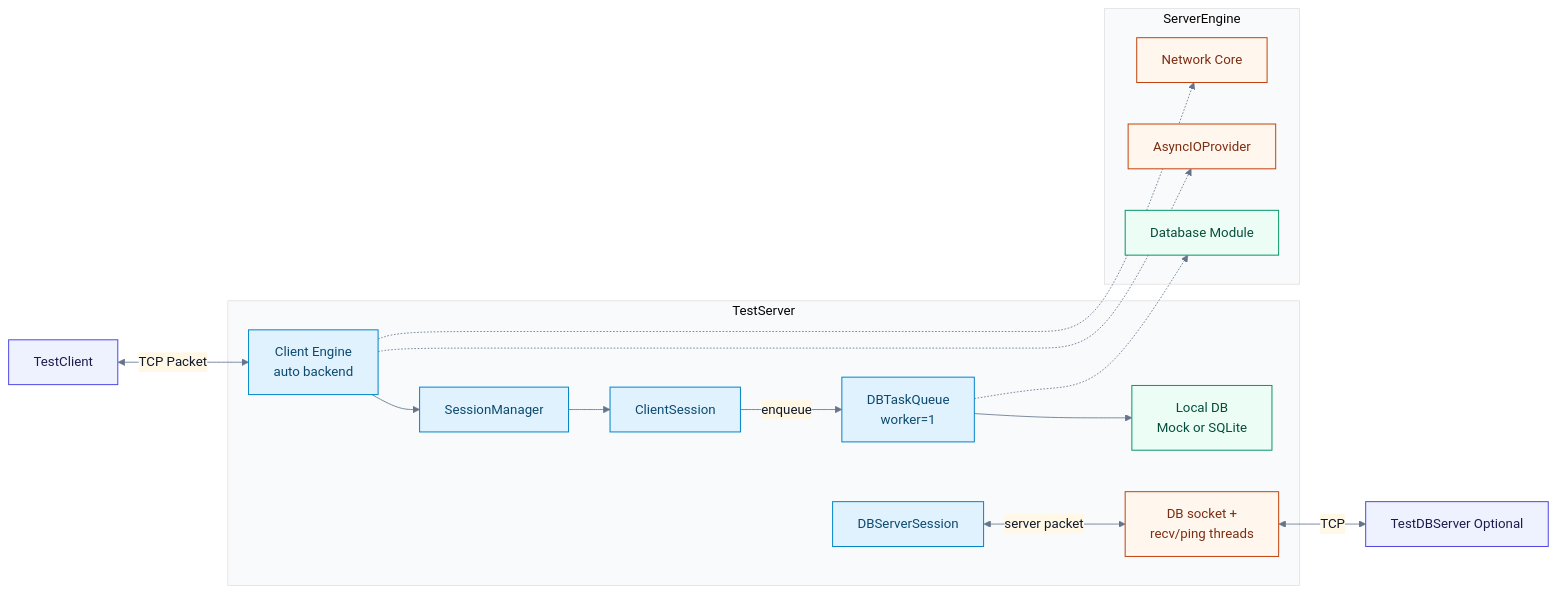
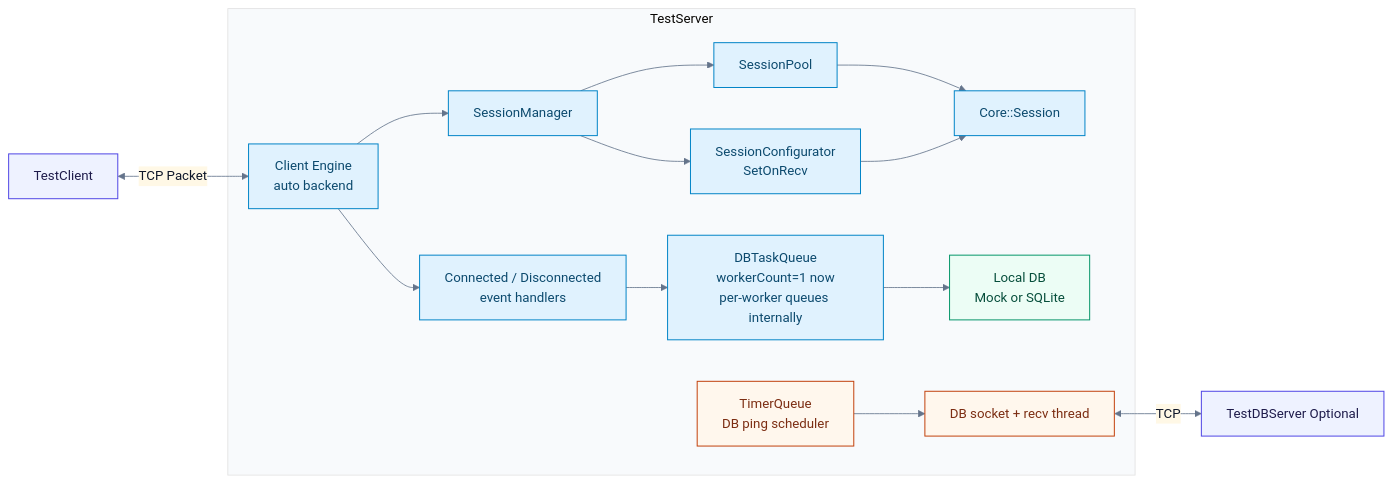
Before and after one commit to leedg/PublicStudy: the diagram in NetworkModuleTest/Doc/WikiDraft/ServerStructure/01-Overall-Architecture.md, drawn with Mermaid. The commit also changed other lines of this file and 34 other files, not shown here.

First line of the commit message:
docs: 문서 전면 갱신 + Network_Async_DB_Report_img B-style 통합

````diff
--- a/NetworkModuleTest/Doc/WikiDraft/ServerStructure/01-Overall-Architecture.md
+++ b/NetworkModuleTest/Doc/WikiDraft/ServerStructure/01-Overall-Architecture.md
@@ -9,47 +11,43 @@
 ```mermaid
 %%{init: {'theme':'base', 'themeVariables': {
 'fontFamily':'Segoe UI, Noto Sans KR, sans-serif',
 'primaryColor':'#EAF4FF',
 'primaryTextColor':'#0F172A',
 'primaryBorderColor':'#3B82F6',
 'lineColor':'#64748B',
 'secondaryColor':'#FFF8E6',
 'tertiaryColor':'#F8FAFC'
 }}}%%
 flowchart LR
     Client[TestClient]
     DBServer[TestDBServer Optional]
 
     subgraph TS[TestServer]
         Engine[Client Engine<br/>auto backend]
         SessionMgr[SessionManager]
-        ClientSess[ClientSession]
-        DBSess[DBServerSession]
-        DBQueue[DBTaskQueue<br/>worker=1]
+        SessionPool[SessionPool]
+        Session[Core::Session]
+        SessionCfg[SessionConfigurator<br/>SetOnRecv]
+        EventFlow[Connected / Disconnected<br/>event handlers]
+        DBQueue[DBTaskQueue<br/>workerCount=1 now<br/>per-worker queues internally]
         LocalDB[Local DB<br/>Mock or SQLite]
-        DBSocket[DB socket +<br/>recv/ping threads]
-    end
-
-    subgraph SE[ServerEngine]
-        Core[Network Core]
-        Provider[AsyncIOProvider]
-        DBModule[Database Module]
+        TimerQ[TimerQueue<br/>DB ping scheduler]
+        DBSocket[DB socket + recv thread]
     end
 
     Client <-->|TCP Packet| Engine
-    Engine --> SessionMgr --> ClientSess
-    ClientSess -->|enqueue| DBQueue --> LocalDB
-    DBSess <-->|server packet| DBSocket <-->|TCP| DBServer
-    Engine -.-> Core
-    Engine -.-> Provider
-    DBQueue -.-> DBModule
+    Engine --> SessionMgr --> SessionPool --> Session
+    SessionMgr --> SessionCfg --> Session
+    Engine --> EventFlow --> DBQueue --> LocalDB
+    TimerQ --> DBSocket
+    DBSocket <-->|TCP| DBServer
 
     classDef external fill:#EEF2FF,stroke:#4F46E5,color:#1E1B4B,stroke-width:1.2px;
     classDef component fill:#E0F2FE,stroke:#0284C7,color:#0C4A6E,stroke-width:1.2px;
     classDef db fill:#ECFDF5,stroke:#059669,color:#064E3B,stroke-width:1.2px;
     classDef infra fill:#FFF7ED,stroke:#C2410C,color:#7C2D12,stroke-width:1.2px;
     class Client,DBServer external;
-    class Engine,SessionMgr,ClientSess,DBSess,DBQueue component;
-    class LocalDB,DBModule db;
-    class Core,Provider,DBSocket infra;
+    class Engine,SessionMgr,SessionPool,Session,SessionCfg,EventFlow,DBQueue component;
+    class LocalDB db;
+    class TimerQ,DBSocket infra;
 ```
````
